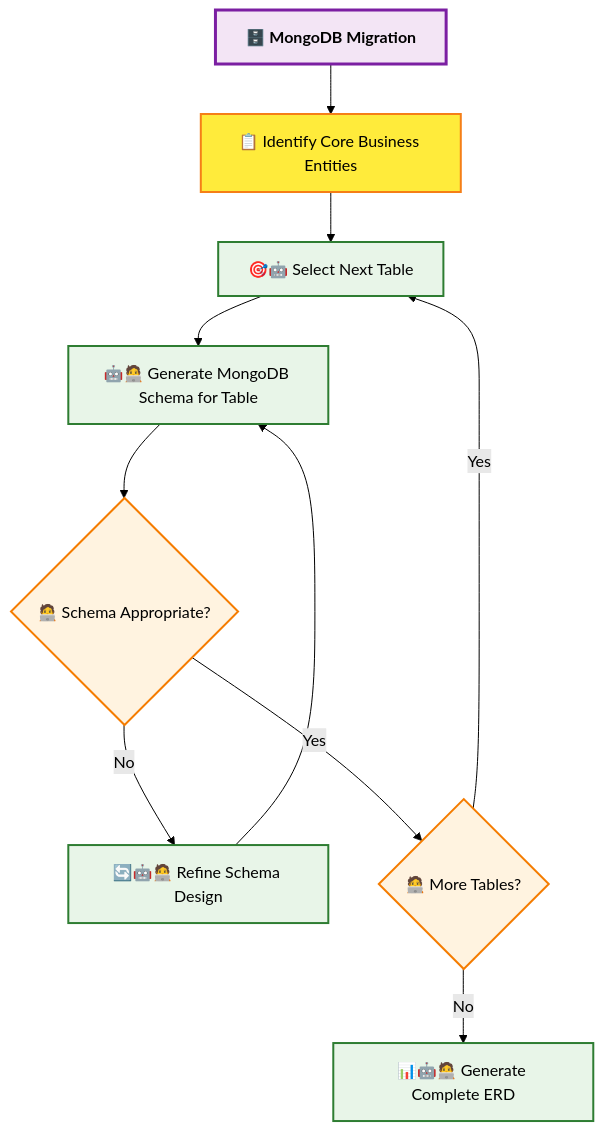
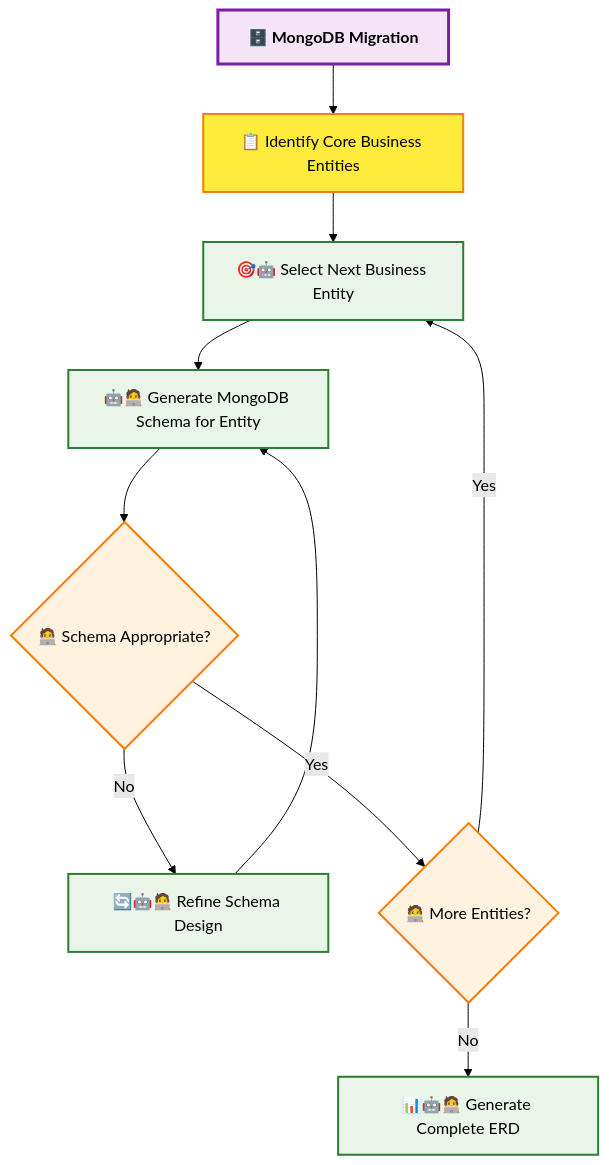
One commit to DEFRA/defra-ai-legacy-modernisation changed the diagram in playbook/pages/pathways/sql-server/database/04-mongodb-migration.md. Above: the diagram before and after it, drawn with Mermaid (forest theme). The commit also changed other lines of this file and 1 other file, not shown here.

Commit message:
Update MongoDB schema workflow to focus on business entities

```diff
--- a/playbook/pages/pathways/sql-server/database/04-mongodb-migration.md
+++ b/playbook/pages/pathways/sql-server/database/04-mongodb-migration.md
@@ -9,22 +9,22 @@
 <pre class="mermaid">
 flowchart TD
     START["🗄️ MongoDB Migration"] --> A["📋 Identify Core Business Entities"]
-    A --> B["🎯🤖 Select Next Table"]
-    B --> C["🤖🧑‍💻 Generate MongoDB Schema for Table"]
+    A --> B["🎯🤖 Select Next Business Entity"]
+    B --> C["🤖🧑‍💻 Generate MongoDB Schema for Entity"]
     C --> D{"🧑‍💻 Schema Appropriate?"}
     D -->|No| E["🔄🤖🧑‍💻 Refine Schema Design"]
-    D -->|Yes| F{"🧑‍💻 More Tables?"}
+    D -->|Yes| F{"🧑‍💻 More Entities?"}
     E --> C
     F -->|Yes| B
     F -->|No| G["📊🤖🧑‍💻 Generate Complete ERD"]
 
     classDef title fill:#f3e5f5,stroke:#7b1fa2,stroke-width:3px,font-weight:bold
     classDef human fill:#ffeb3b,stroke:#f57f17,stroke-width:2px
     classDef hybrid fill:#e8f5e8,stroke:#2e7d32,stroke-width:2px
     classDef decision fill:#fff3e0,stroke:#f57c00,stroke-width:2px
 
     class START title
     class A human
     class B,C,E,G hybrid
     class D,F decision
 </pre>
```
